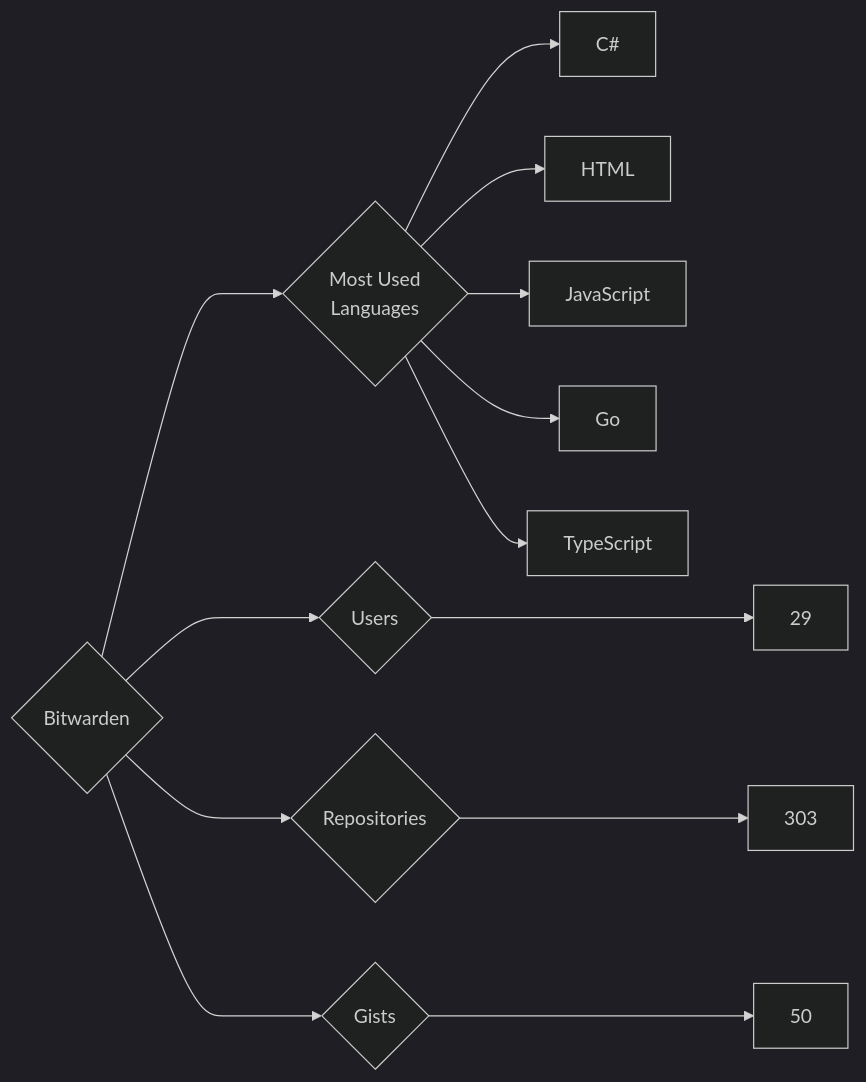
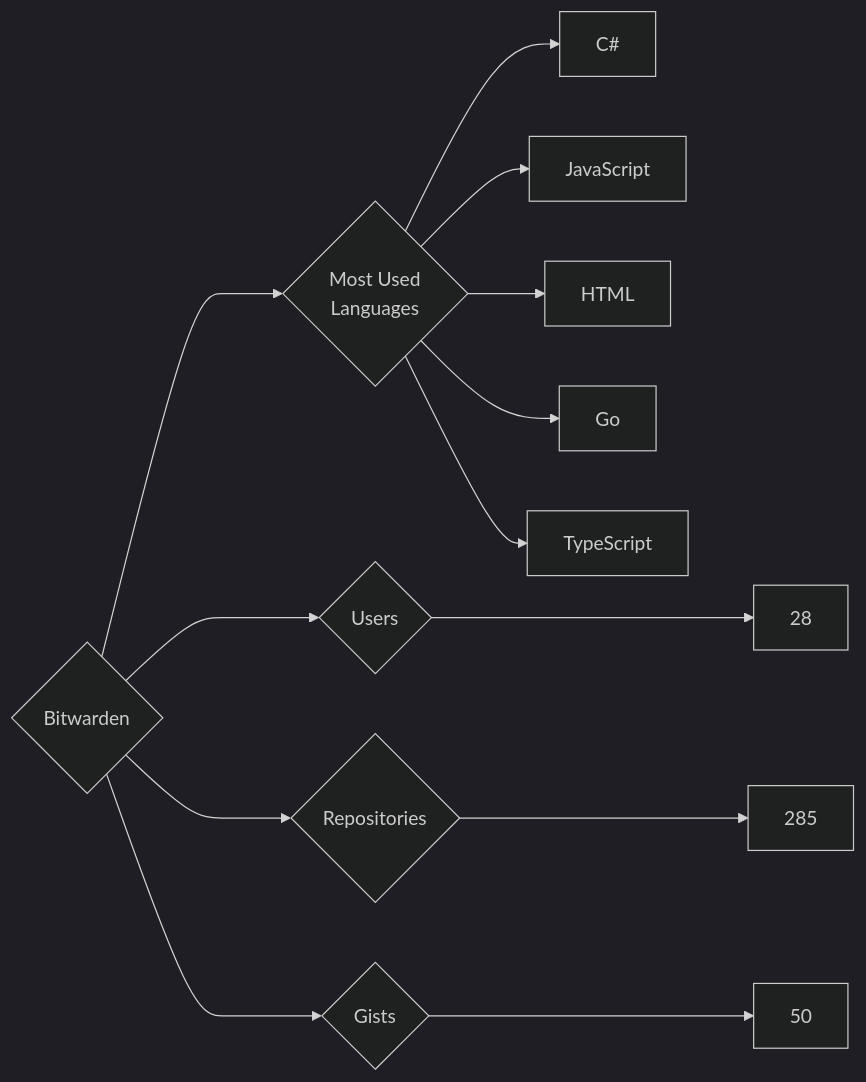
Before and after one commit to trickest/insiders: the diagram in targets/Bitwarden/README.md, drawn with Mermaid (dark theme). The commit also changed 699 other files, not shown here.

````diff
--- a/targets/Bitwarden/README.md
+++ b/targets/Bitwarden/README.md
@@ -3,13 +3,13 @@
 ```mermaid
 graph LR
 COMPANY_NAME{Bitwarden}
-COMPANY_NAME ---> U{Users} ---> UN[29]
-COMPANY_NAME ---> R{Repositories} ---> RN[303]
+COMPANY_NAME ---> U{Users} ---> UN[28]
+COMPANY_NAME ---> R{Repositories} ---> RN[285]
 COMPANY_NAME ---> G{Gists} ---> GN[50]
 COMPANY_NAME ---> ML{Most Used<br>Languages}
 ML --> C#[C#]
+ML --> JavaScript[JavaScript]
 ML --> HTML[HTML]
-ML --> JavaScript[JavaScript]
 ML --> Go[Go]
 ML --> TypeScript[TypeScript]
 ```
````
